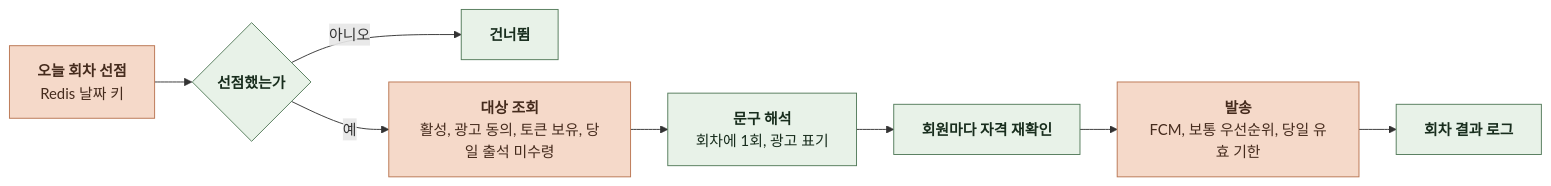
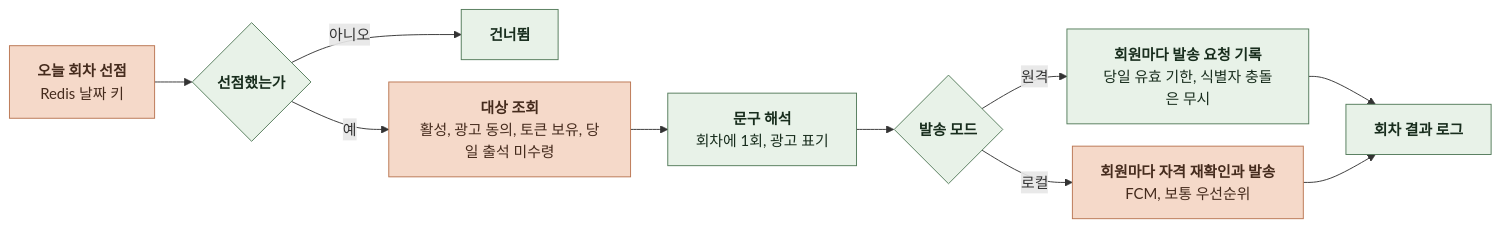
The seventh of 13 diagrams in docs/domain/NOTIFICATION/BACKEND/4-1-PIPELINES.md (KIM-N-KANG/knk-harness), drawn with Mermaid before and after one commit. The commit also changed other lines of this file and 11 other files, not shown here.

````diff
--- a/docs/domain/NOTIFICATION/BACKEND/4-1-PIPELINES.md
+++ b/docs/domain/NOTIFICATION/BACKEND/4-1-PIPELINES.md
@@ -192,19 +192,22 @@
 ```mermaid
 %%{init: {"flowchart": {"curve": "basis", "nodeSpacing": 24, "rankSpacing": 40}}}%%
 flowchart LR
     A["`**오늘 회차 선점**
 Redis 날짜 키`"] --> B{"`**선점했는가**`"}
     B -->|아니오| X["`**건너뜀**`"]
     B -->|예| C["`**대상 조회**
 활성, 광고 동의, 토큰 보유, 당일 출석 미수령`"]
     C --> D["`**문구 해석**
 회차에 1회, 광고 표기`"]
-    D --> E["`**회원마다 자격 재확인**`"]
-    E --> F["`**발송**
-FCM, 보통 우선순위, 당일 유효 기한`"]
+    D --> E{"`**발송 모드**`"}
+    E -->|원격| F["`**회원마다 발송 요청 기록**
+당일 유효 기한, 식별자 충돌은 무시`"]
+    E -->|로컬| H["`**회원마다 자격 재확인과 발송**
+FCM, 보통 우선순위`"]
     F --> G["`**회차 결과 로그**`"]
+    H --> G
     classDef comp fill:#E8F2E8,stroke:#527A59,color:#182D1D
     classDef task fill:#F5D9C9,stroke:#B97450,color:#452B1D
-    class B,D,E,G,X comp
-    class A,C,F task
+    class B,D,E,F,G,X comp
+    class A,C,H task
 ```
````
